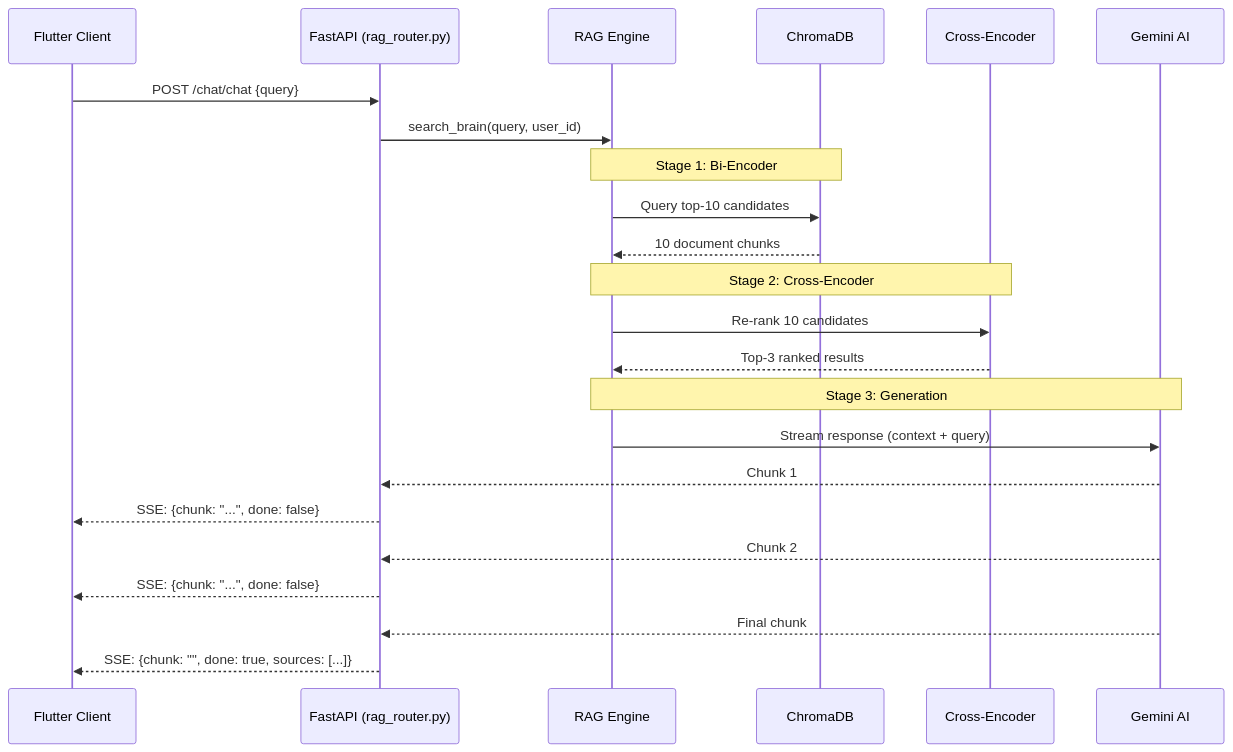
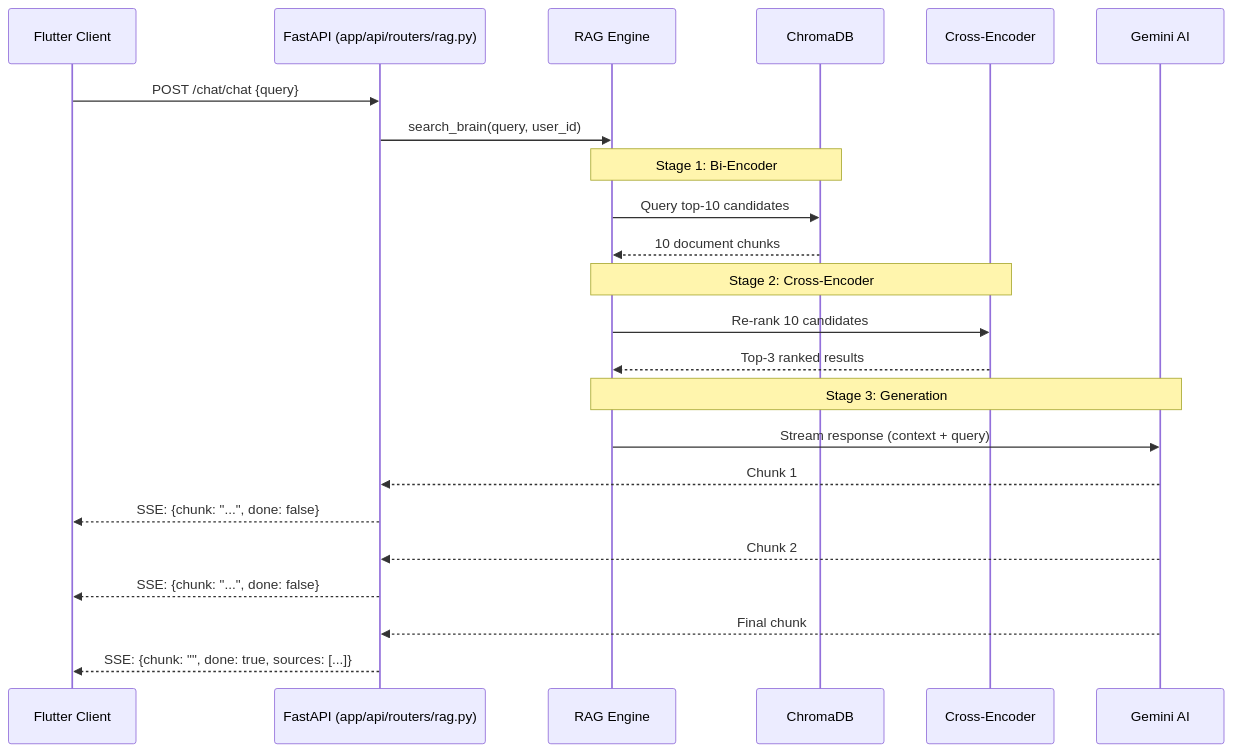
Before and after one commit to siddhant-debug/brain-dump: the sixth of 7 diagrams in documentation/backend/BACKEND.md, drawn with Mermaid. The commit also changed other lines of this file and 24 other files, not shown here.

````diff
--- a/documentation/backend/BACKEND.md
+++ b/documentation/backend/BACKEND.md
@@ -206,29 +206,29 @@
 ```mermaid
 sequenceDiagram
     participant User as Flutter Client
-    participant API as FastAPI (rag_router.py)
+    participant API as FastAPI (app/api/routers/rag.py)
     participant Engine as RAG Engine
     participant VDB as ChromaDB
     participant CE as Cross-Encoder
     participant AI as Gemini AI
 
     User->>API: POST /chat/chat {query}
     API->>Engine: search_brain(query, user_id)
     
     Note over Engine,VDB: Stage 1: Bi-Encoder
     Engine->>VDB: Query top-10 candidates
     VDB-->>Engine: 10 document chunks
     
     Note over Engine,CE: Stage 2: Cross-Encoder
     Engine->>CE: Re-rank 10 candidates
     CE-->>Engine: Top-3 ranked results
     
     Note over Engine,AI: Stage 3: Generation
     Engine->>AI: Stream response (context + query)
     AI-->>API: Chunk 1
     API-->>User: SSE: {chunk: "...", done: false}
     AI-->>API: Chunk 2
     API-->>User: SSE: {chunk: "...", done: false}
     AI-->>API: Final chunk
     API-->>User: SSE: {chunk: "", done: true, sources: [...]}
 ```
````
